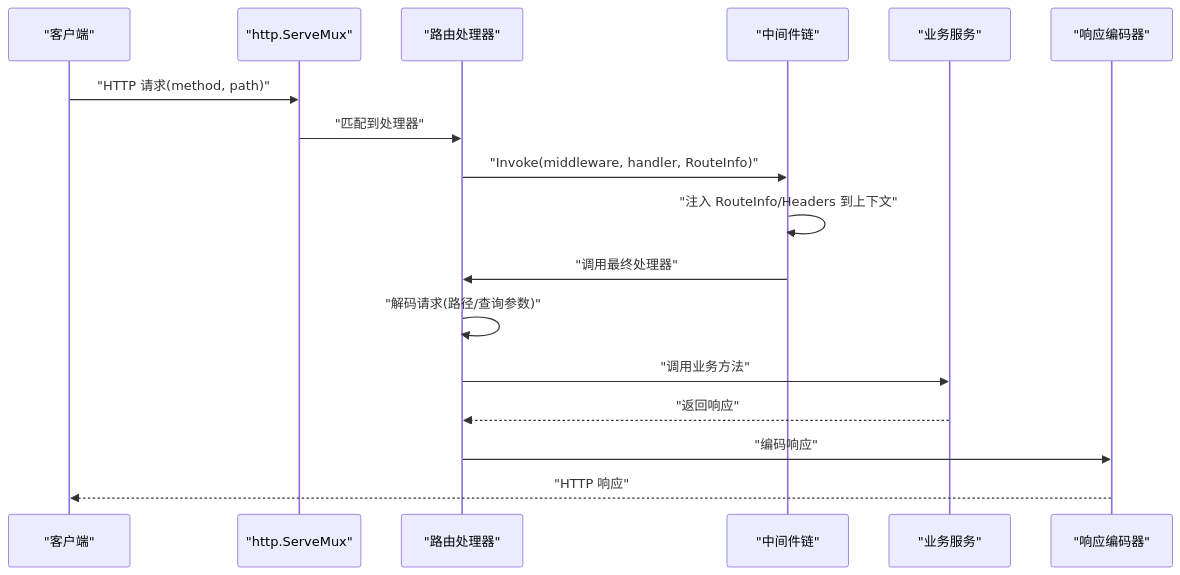
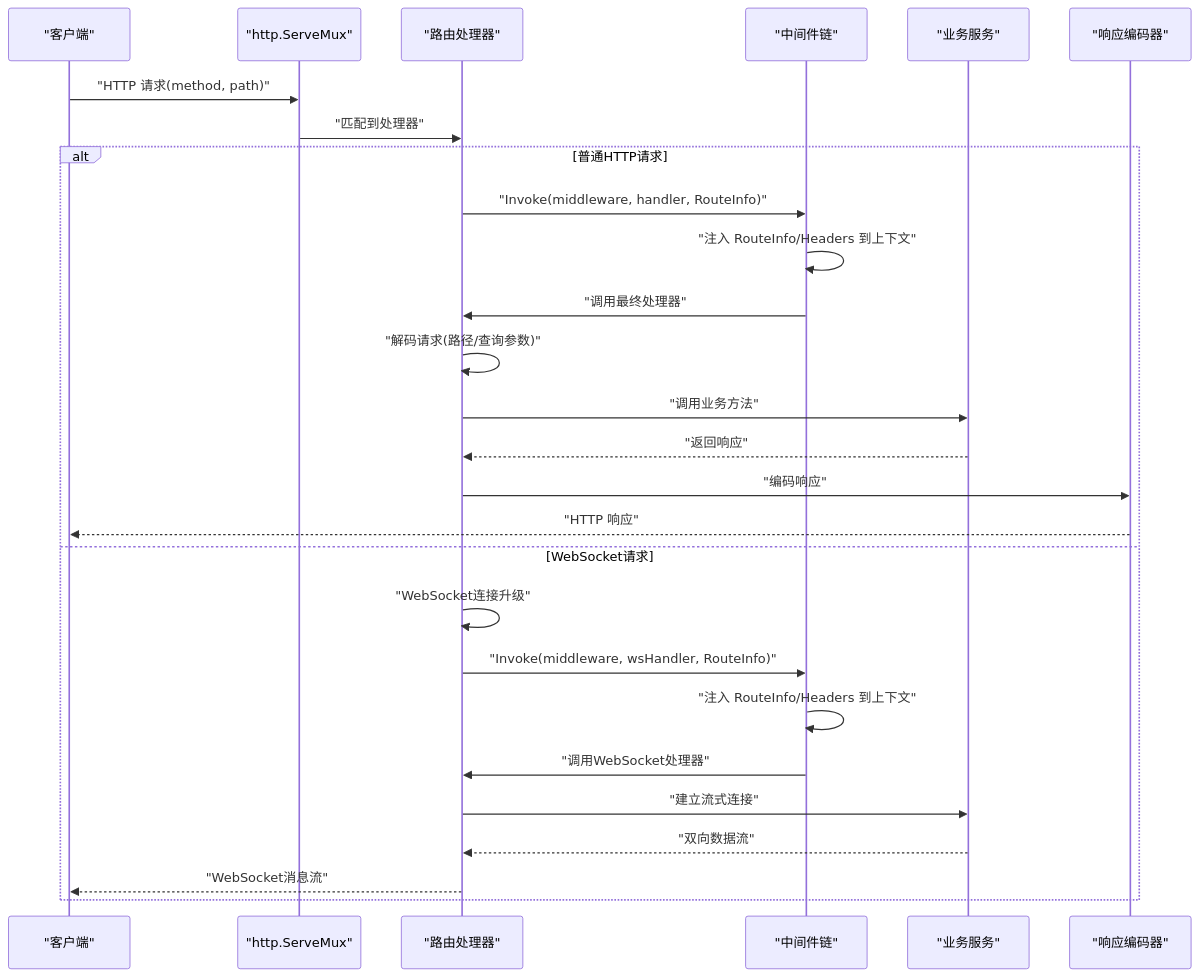
The second of 10 diagrams in .agents/repowiki/zh/content/HTTP 服务器框架/路由管理和处理.md (soyacen/goose), drawn with Mermaid before and after one commit. The commit also changed other lines of this file and 3 other files, not shown here.

````diff
--- a/.agents/repowiki/zh/content/HTTP 服务器框架/路由管理和处理.md
+++ b/.agents/repowiki/zh/content/HTTP 服务器框架/路由管理和处理.md
@@ -116,19 +139,29 @@
 ```mermaid
 sequenceDiagram
 participant C as "客户端"
 participant S as "http.ServeMux"
 participant H as "路由处理器"
 participant MW as "中间件链"
 participant SVC as "业务服务"
 participant ENC as "响应编码器"
 C->>S : "HTTP 请求(method, path)"
 S->>H : "匹配到处理器"
+alt 普通HTTP请求
 H->>MW : "Invoke(middleware, handler, RouteInfo)"
 MW->>MW : "注入 RouteInfo/Headers 到上下文"
 MW->>H : "调用最终处理器"
 H->>H : "解码请求(路径/查询参数)"
 H->>SVC : "调用业务方法"
 SVC-->>H : "返回响应"
 H->>ENC : "编码响应"
 ENC-->>C : "HTTP 响应"
+else WebSocket请求
+H->>H : "WebSocket连接升级"
+H->>MW : "Invoke(middleware, wsHandler, RouteInfo)"
+MW->>MW : "注入 RouteInfo/Headers 到上下文"
+MW->>H : "调用WebSocket处理器"
+H->>SVC : "建立流式连接"
+SVC-->>H : "双向数据流"
+H-->>C : "WebSocket消息流"
+end
 ```
````
